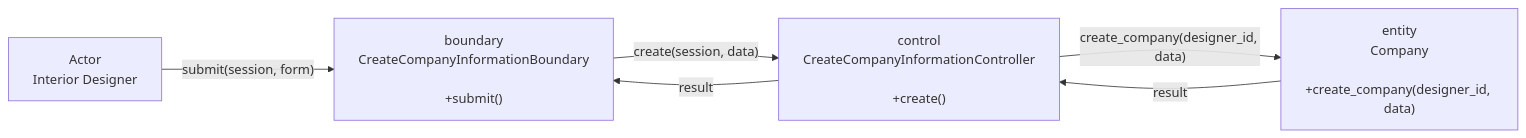
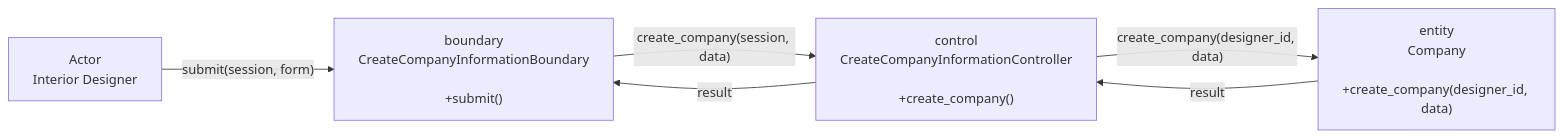
The first of 2 diagrams in diagrams/US13_Create_Company_Information/README.md (boyinapuddle/CSIT314-Chinese), drawn with Mermaid before and after one commit. The commit also changed other lines of this file and 140 other files, not shown here.

````diff
--- a/diagrams/US13_Create_Company_Information/README.md
+++ b/diagrams/US13_Create_Company_Information/README.md
@@ -5,12 +5,12 @@
 ```mermaid
 flowchart LR
     N0["Actor<br/>Interior Designer"]
     N1["boundary<br/>CreateCompanyInformationBoundary<br/><br/>+submit()"]
-    N2["control<br/>CreateCompanyInformationController<br/><br/>+create()"]
+    N2["control<br/>CreateCompanyInformationController<br/><br/>+create_company()"]
     N3["entity<br/>Company<br/><br/>+create_company(designer_id, data)"]
     N0 -->|"submit(session, form)"| N1
-    N1 -->|"create(session, data)"| N2
+    N1 -->|"create_company(session, data)"| N2
     N2 -->|"create_company(designer_id, data)"| N3
     N3 -->|"result"| N2
     N2 -->|"result"| N1
 ```
````
